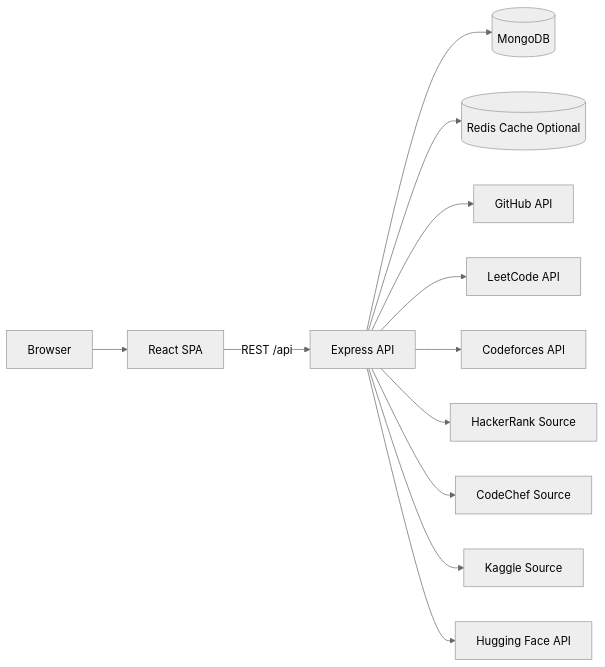
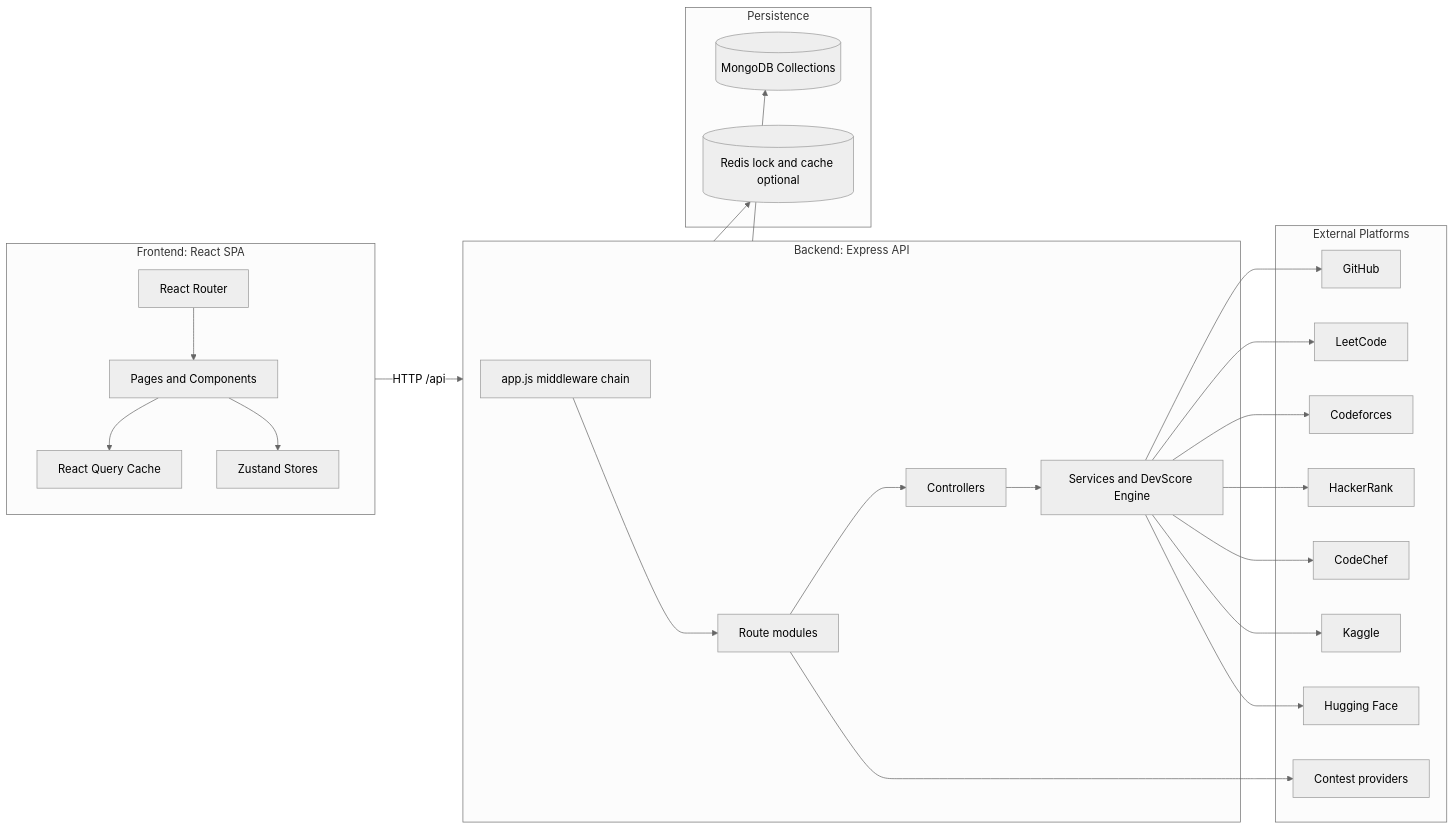
One commit to SubhashKumar14/DevFolio-App changed the first of 6 diagrams in documentation/ARCHITECTURE.md. Above: the diagram before and after it, drawn with Mermaid (neutral theme). The commit also changed other lines of this file and 22 other files, not shown here.

Commit message:
docs: add theoretical foundations to diagram-first documentation

````diff
--- a/documentation/ARCHITECTURE.md
+++ b/documentation/ARCHITECTURE.md
@@ -16,14 +14,48 @@
 ```mermaid
 flowchart LR
-  U[Browser] --> C[React SPA]
-  C -->|REST /api| A[Express API]
-  A --> M[(MongoDB)]
-  A --> R[(Redis Cache Optional)]
-  A --> G[GitHub API]
-  A --> L[LeetCode API]
-  A --> CF[Codeforces API]
-  A --> HR[HackerRank Source]
-  A --> CC[CodeChef Source]
-  A --> K[Kaggle Source]
-  A --> HF[Hugging Face API]
+  subgraph Client[Frontend: React SPA]
+    R[React Router]
+    Q[React Query Cache]
+    Z[Zustand Stores]
+    UI[Pages and Components]
+    R --> UI
+    UI --> Q
+    UI --> Z
+  end
+
+  subgraph Server[Backend: Express API]
+    APP[app.js middleware chain]
+    ROUTES[Route modules]
+    CTRL[Controllers]
+    SRV[Services and DevScore Engine]
+    APP --> ROUTES --> CTRL --> SRV
+  end
+
+  subgraph Data[Persistence]
+    MONGO[(MongoDB Collections)]
+    REDIS[(Redis lock and cache optional)]
+  end
+
+  subgraph External[External Platforms]
+    GITHUB[GitHub]
+    LEETCODE[LeetCode]
+    CODEFORCES[Codeforces]
+    HACKERRANK[HackerRank]
+    CODECHEF[CodeChef]
+    KAGGLE[Kaggle]
+    HUGGINGFACE[Hugging Face]
+    CONTESTS[Contest providers]
+  end
+
+  Client -->|HTTP /api| Server
+  Server --> MONGO
+  Server --> REDIS
+  SRV --> GITHUB
+  SRV --> LEETCODE
+  SRV --> CODEFORCES
+  SRV --> HACKERRANK
+  SRV --> CODECHEF
+  SRV --> KAGGLE
+  SRV --> HUGGINGFACE
+  ROUTES --> CONTESTS
 ```
````
